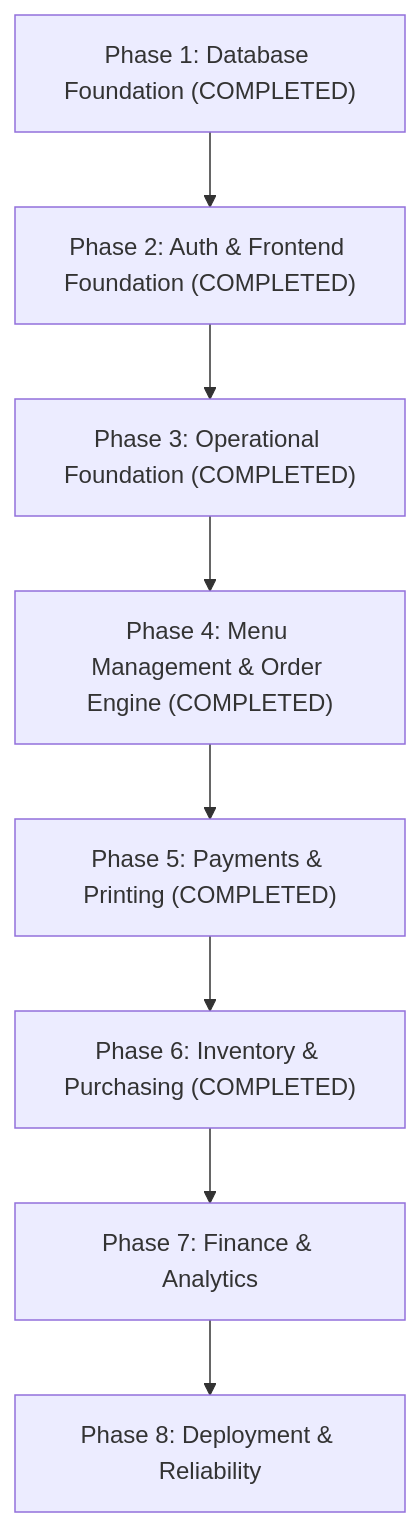
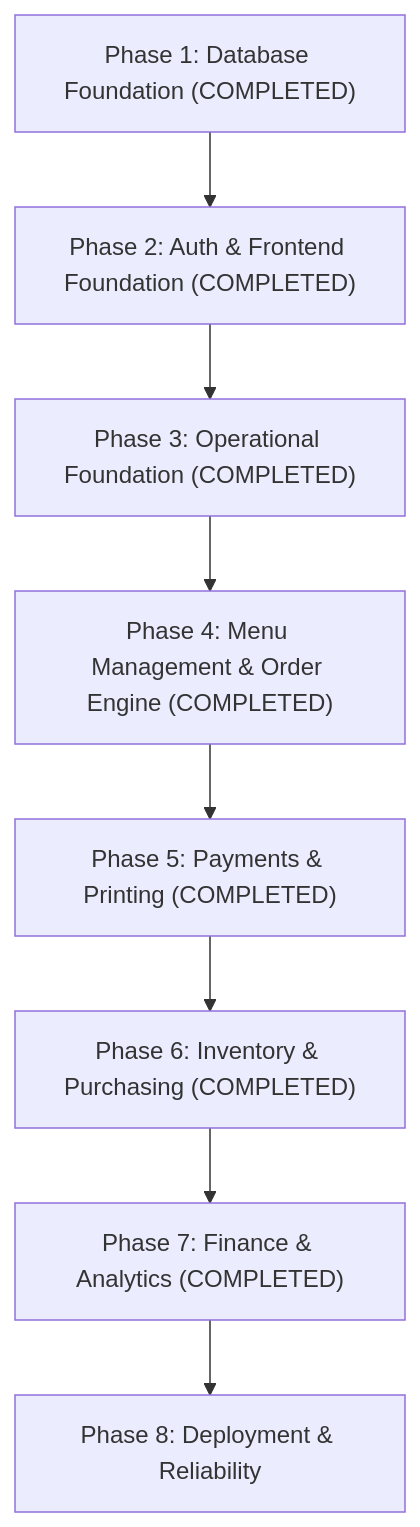
Before and after one commit to Megawatzy420/temu-pulang: the diagram in docs/PROJECT_PLAN.md, drawn with Mermaid. The commit also changed other lines of this file and 15 other files, not shown here.

````diff
--- a/docs/PROJECT_PLAN.md
+++ b/docs/PROJECT_PLAN.md
@@ -11,10 +11,10 @@
 ```mermaid
 flowchart TD
     P1["Phase 1: Database Foundation (COMPLETED)"] --> P2["Phase 2: Auth & Frontend Foundation (COMPLETED)"]
     P2 --> P3["Phase 3: Operational Foundation (COMPLETED)"]
     P3 --> P4["Phase 4: Menu Management & Order Engine (COMPLETED)"]
     P4 --> P5["Phase 5: Payments & Printing (COMPLETED)"]
     P5 --> P6["Phase 6: Inventory & Purchasing (COMPLETED)"]
-    P6 --> P7["Phase 7: Finance & Analytics"]
+    P6 --> P7["Phase 7: Finance & Analytics (COMPLETED)"]
     P7 --> P8["Phase 8: Deployment & Reliability"]
 ```
````
